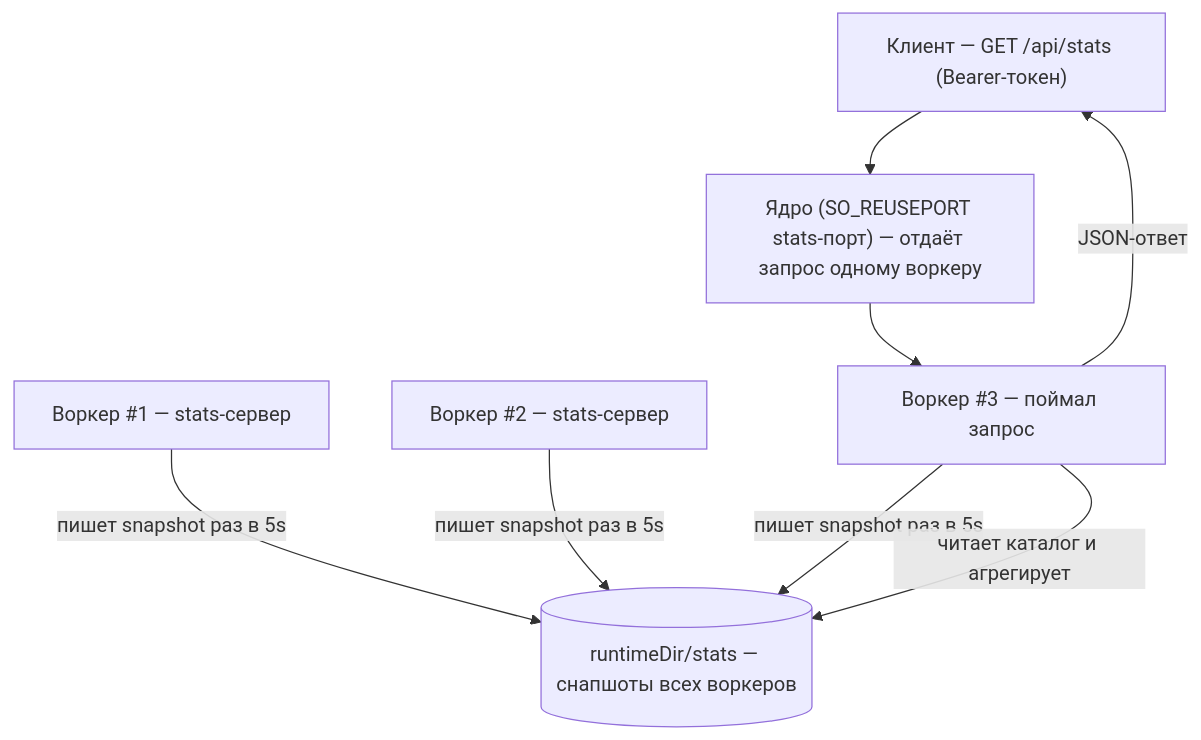
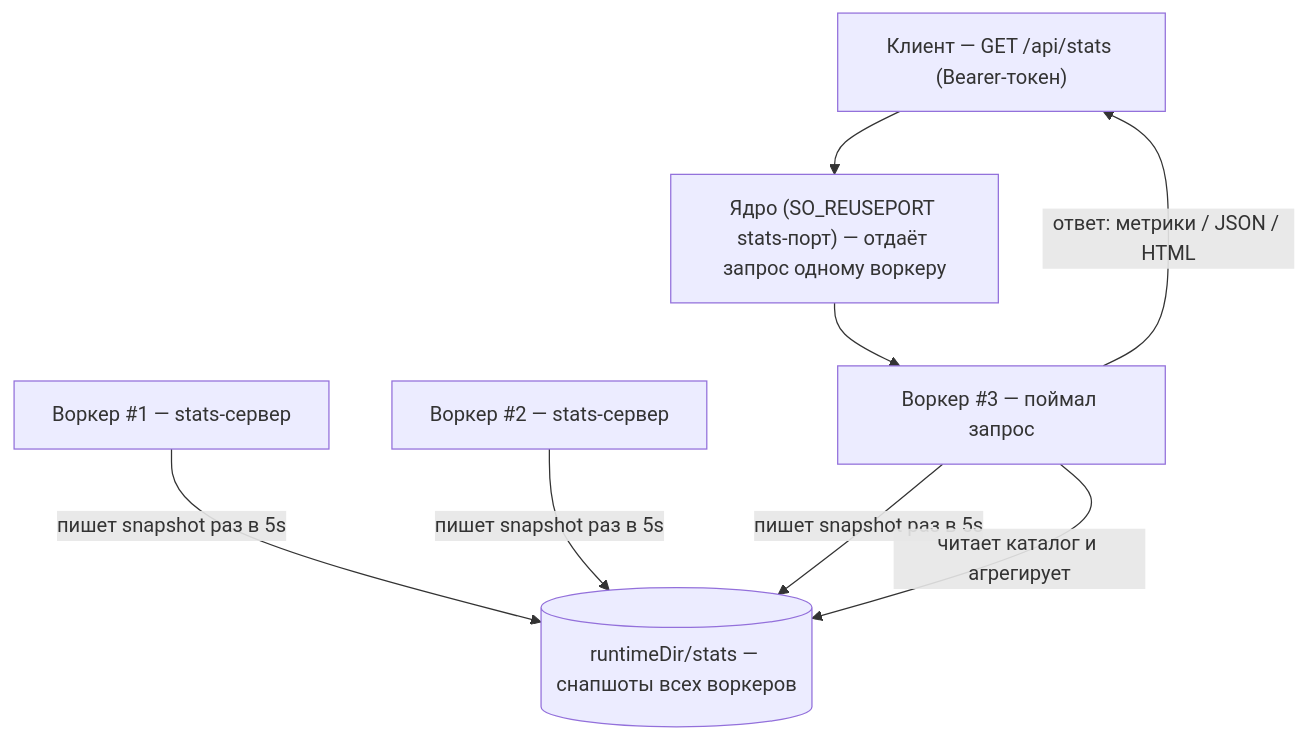
One commit to sprust/sconcur changed the diagram in docs/admin-stats.ru.md. Above: the diagram before and after it, drawn with Mermaid. The commit also changed other lines of this file and 5 other files, not shown here.

First line of the commit message:
feat(stats): content-negotiate the /api/stats response (metrics/JSON/HTML)

````diff
--- a/docs/admin-stats.ru.md
+++ b/docs/admin-stats.ru.md
@@ -40,17 +40,17 @@
 ```mermaid
 flowchart TB
     client["Клиент — GET /api/stats (Bearer-токен)"]
     kernel["Ядро (SO_REUSEPORT stats-порт) — отдаёт запрос одному воркеру"]
     worker1["Воркер #1 — stats-сервер"]
     worker2["Воркер #2 — stats-сервер"]
     worker3["Воркер #3 — поймал запрос"]
     dir[("runtimeDir/stats — снапшоты всех воркеров")]
 
     client --> kernel
     kernel --> worker3
     worker1 -->|"пишет snapshot раз в 5s"| dir
     worker2 -->|"пишет snapshot раз в 5s"| dir
     worker3 -->|"пишет snapshot раз в 5s"| dir
     worker3 -->|"читает каталог и агрегирует"| dir
-    worker3 -->|"JSON-ответ"| client
+    worker3 -->|"ответ: метрики / JSON / HTML"| client
 ```
````
